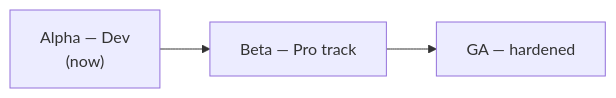
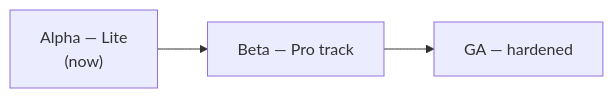
Before and after one commit to neochaotic/leoflow: the diagram in docs/roadmap-to-release.md, drawn with Mermaid. The commit also changed other lines of this file and 7 other files, not shown here.

First line of the commit message:
docs(aaa-pass): sweep "Dev" edition references → "Lite"

````diff
--- a/docs/roadmap-to-release.md
+++ b/docs/roadmap-to-release.md
@@ -14,4 +14,4 @@
 ```mermaid
 flowchart LR
-  A["Alpha — Dev<br/>(now)"] --> B["Beta — Pro track"] --> G["GA — hardened"]
+  A["Alpha — Lite<br/>(now)"] --> B["Beta — Pro track"] --> G["GA — hardened"]
 ```
````
